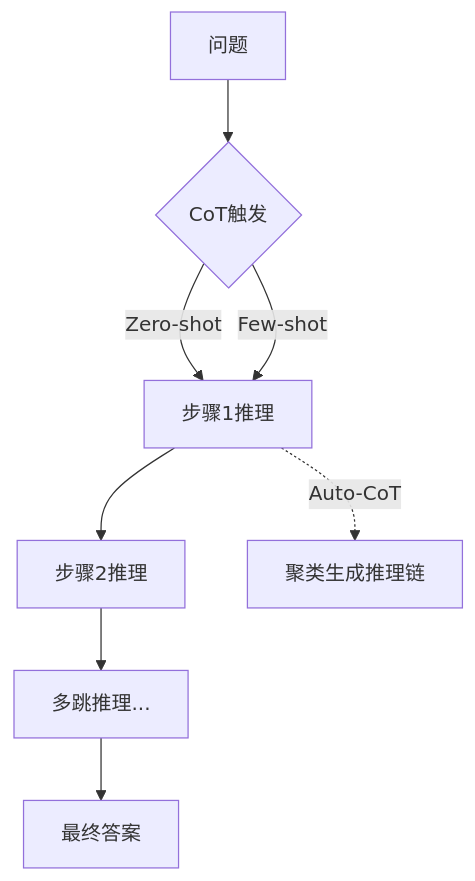
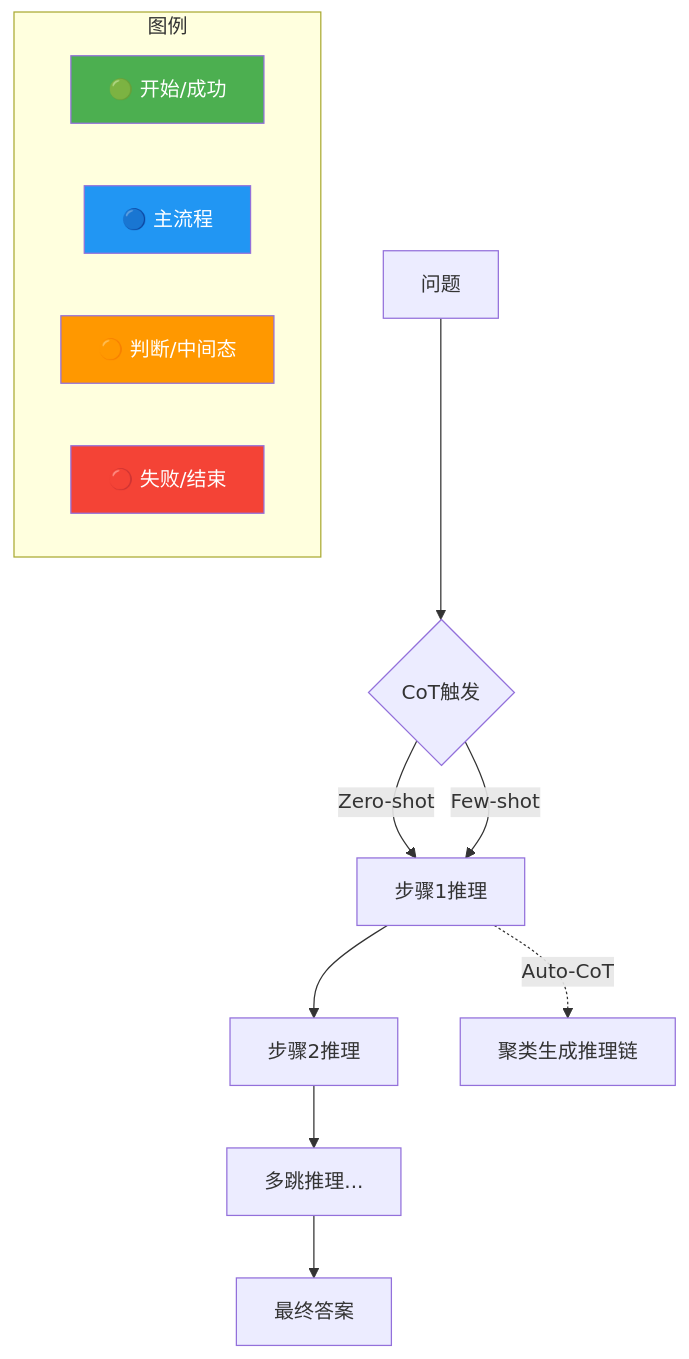
One commit to SunArthur86/interview-2026 changed the diagram in questions/ai-harness/agt-073.md. Above: the diagram before and after it, drawn with Mermaid. The commit also changed other lines of this file and 3180 other files, not shown here.

First line of the commit message:
Mermaid颜色增强99% + 面试频率分类(高频1571/中频1115/低频461)

````diff
--- a/questions/ai-harness/agt-073.md
+++ b/questions/ai-harness/agt-073.md
@@ -84,10 +85,34 @@
 ```mermaid
 flowchart TD
+    classDef start fill:#4CAF50,color:#fff
+    classDef process fill:#2196F3,color:#fff
+    classDef decision fill:#FF9800,color:#fff
+    classDef special fill:#9C27B0,color:#fff
+    classDef error fill:#f44336,color:#fff
+    classDef info fill:#607D8B,color:#fff
+    class Answer start
+    class Auto process
+    class Cluster decision
+    class CoT special
+    class Few error
+    class Q info
+    class Step1 start
+    class Step2 process
+    class StepN decision
+    class Trigger special
+    class Zero error
+    class shot info
     Q[问题] --> Trigger{CoT触发}
     Trigger -->|Zero-shot| Step1[步骤1推理]
     Trigger -->|Few-shot| Step1
     Step1 --> Step2[步骤2推理]
     Step2 --> StepN[多跳推理...]
     StepN --> Answer[最终答案]
     Step1 -.->|Auto-CoT| Cluster[聚类生成推理链]
+    subgraph Legend["图例"]
+        L1["🟢 开始/成功"]:::start
+        L2["🔵 主流程"]:::process
+        L3["🟠 判断/中间态"]:::decision
+        L4["🔴 失败/结束"]:::error
+    end
 ```
````
